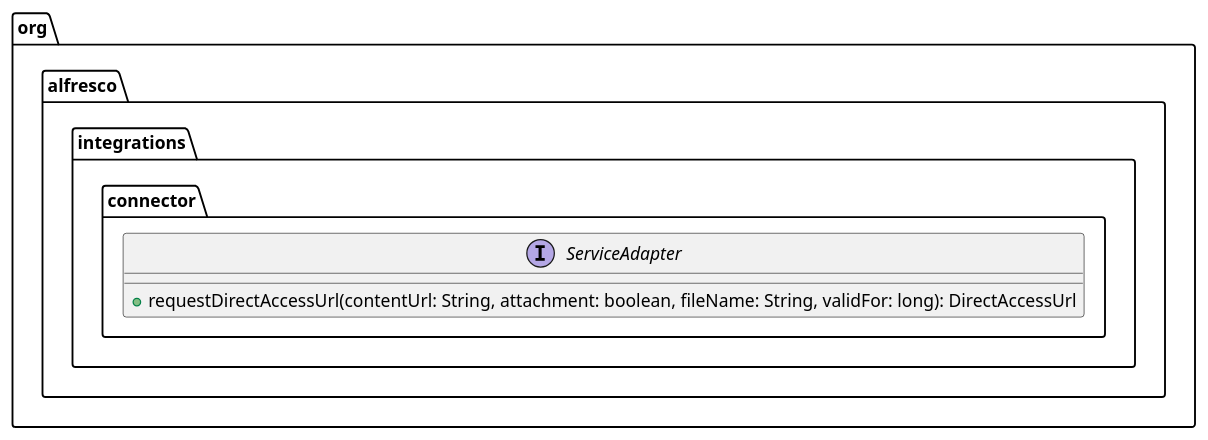
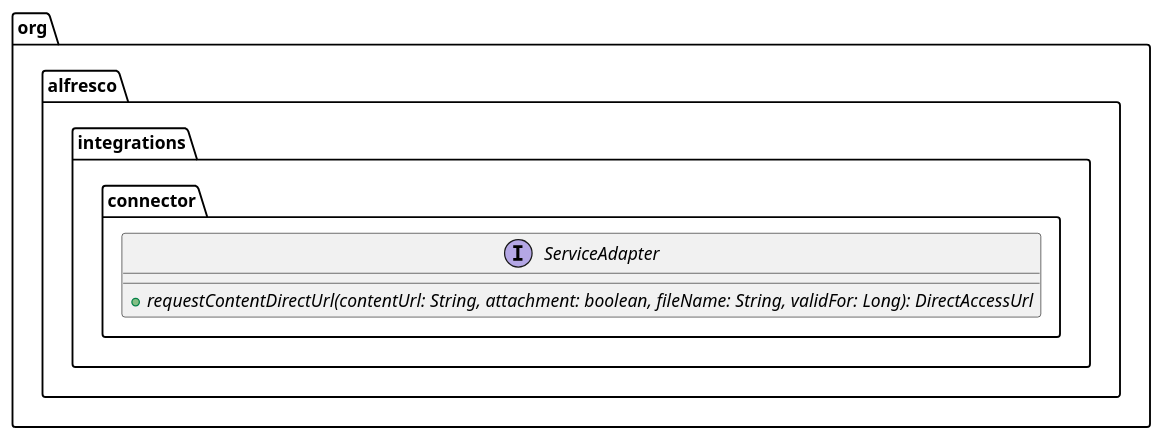
The second of 7 diagrams in docs/design-doc-direct-access-links.md (Alfresco/acs-packaging), drawn with PlantUML before and after one commit. The commit also changed other lines of this file and 4 other files, not shown here.

First line of the commit message:
ACS-595 Direct Access URLs design document [skip ci]

````diff
--- a/docs/design-doc-direct-access-links.md
+++ b/docs/design-doc-direct-access-links.md
@@ -421,9 +430,9 @@
 ```puml
 @startuml
 package org.alfresco.integrations.connector {
     interface ServiceAdapter {
-        +requestDirectAccessUrl(contentUrl: String, attachment: boolean, fileName: String, validFor: long): DirectAccessUrl
+        {abstract} +requestContentDirectUrl(contentUrl: String, attachment: boolean, fileName: String, validFor: Long): DirectAccessUrl
     }
 }
 @enduml
 ```
````
